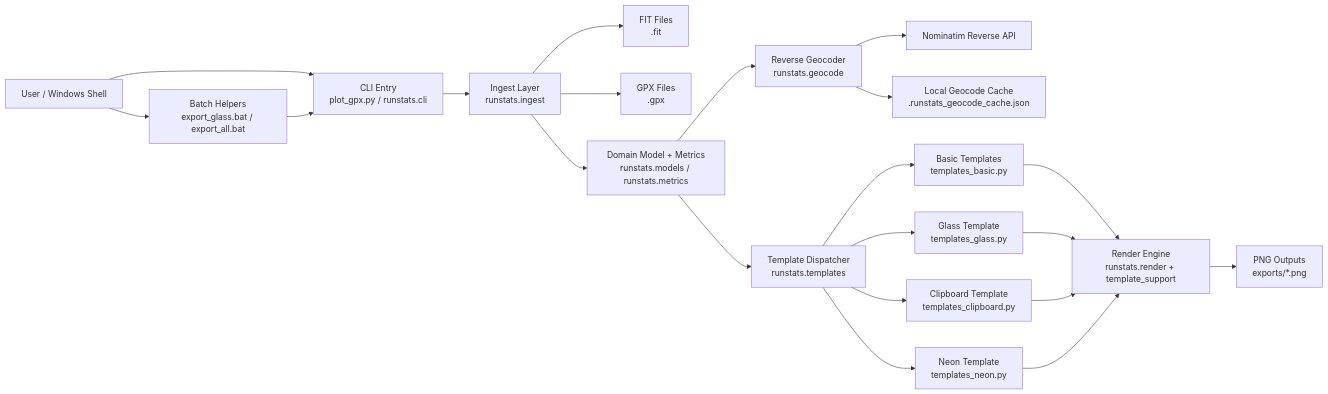
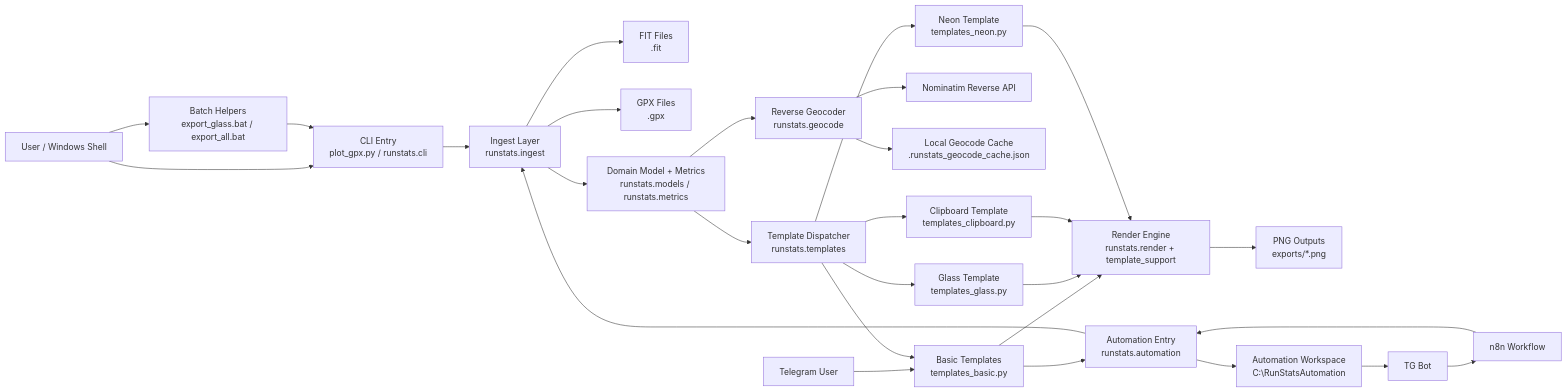
One commit to aqilzuna43/RunStats changed the diagram in ARCHITECTURE.md. Above: the diagram before and after it, drawn with Mermaid. The commit also changed other lines of this file and 11 other files, not shown here.

````diff
--- a/ARCHITECTURE.md
+++ b/ARCHITECTURE.md
@@ -7,28 +7,35 @@
 ```mermaid
 flowchart LR
     U[User / Windows Shell] --> B[Batch Helpers<br/>export_glass.bat / export_all.bat]
     U --> C[CLI Entry<br/>plot_gpx.py / runstats.cli]
+    TGB[TG Bot] --> N8[n8n Workflow]
+    TGU[Telegram User] --> TB[Telegram Bot Runner<br/>runstats.telegram_bot]
     B --> C
+    N8 --> A[Automation Entry<br/>runstats.automation]
 
     C --> I[Ingest Layer<br/>runstats.ingest]
+    A --> I
+    TB --> A
     I --> F1[FIT Files<br/>.fit]
     I --> F2[GPX Files<br/>.gpx]
 
     I --> M[Domain Model + Metrics<br/>runstats.models / runstats.metrics]
     M --> G[Reverse Geocoder<br/>runstats.geocode]
     G --> N[Nominatim Reverse API]
     G --> GC[Local Geocode Cache<br/>.runstats_geocode_cache.json]
 
     M --> T[Template Dispatcher<br/>runstats.templates]
     T --> TB[Basic Templates<br/>templates_basic.py]
     T --> TG[Glass Template<br/>templates_glass.py]
     T --> TC[Clipboard Template<br/>templates_clipboard.py]
     T --> TN[Neon Template<br/>templates_neon.py]
 
     TB --> R[Render Engine<br/>runstats.render + template_support]
     TG --> R
     TC --> R
     TN --> R
 
     R --> O[PNG Outputs<br/>exports/*.png]
+    A --> AW[Automation Workspace<br/>C:\RunStatsAutomation]
+    AW --> TGB
 ```
````
